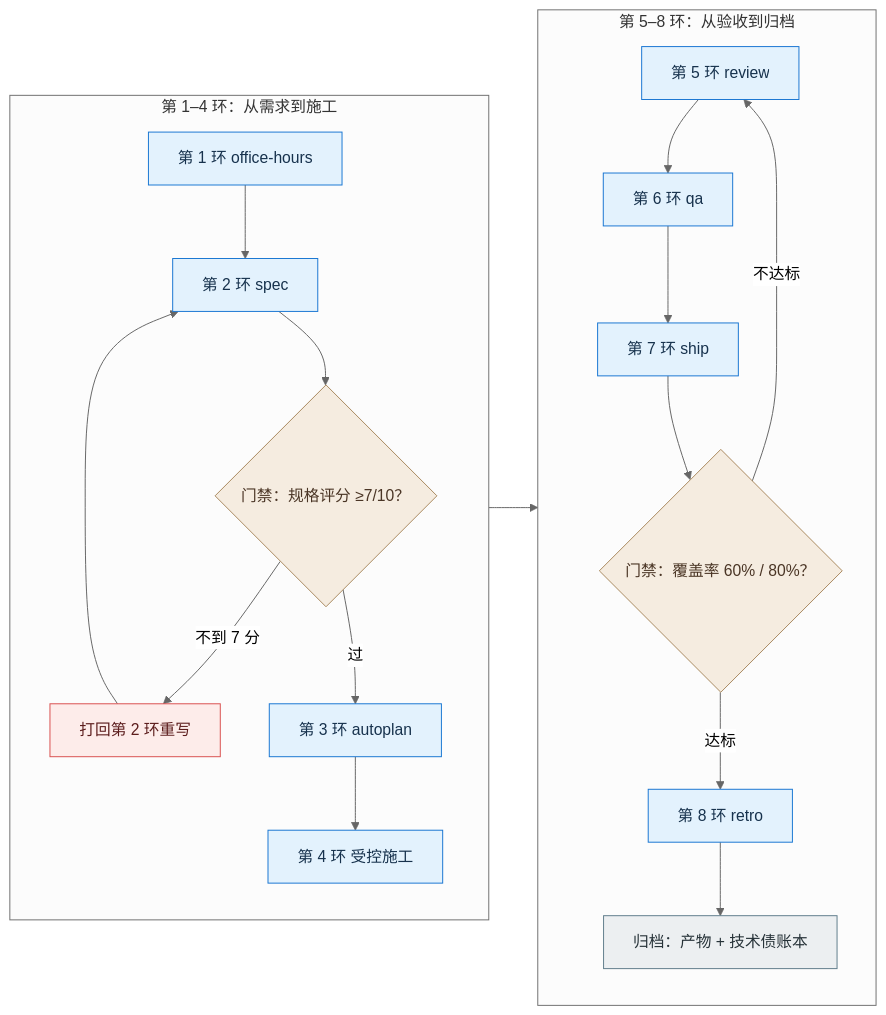
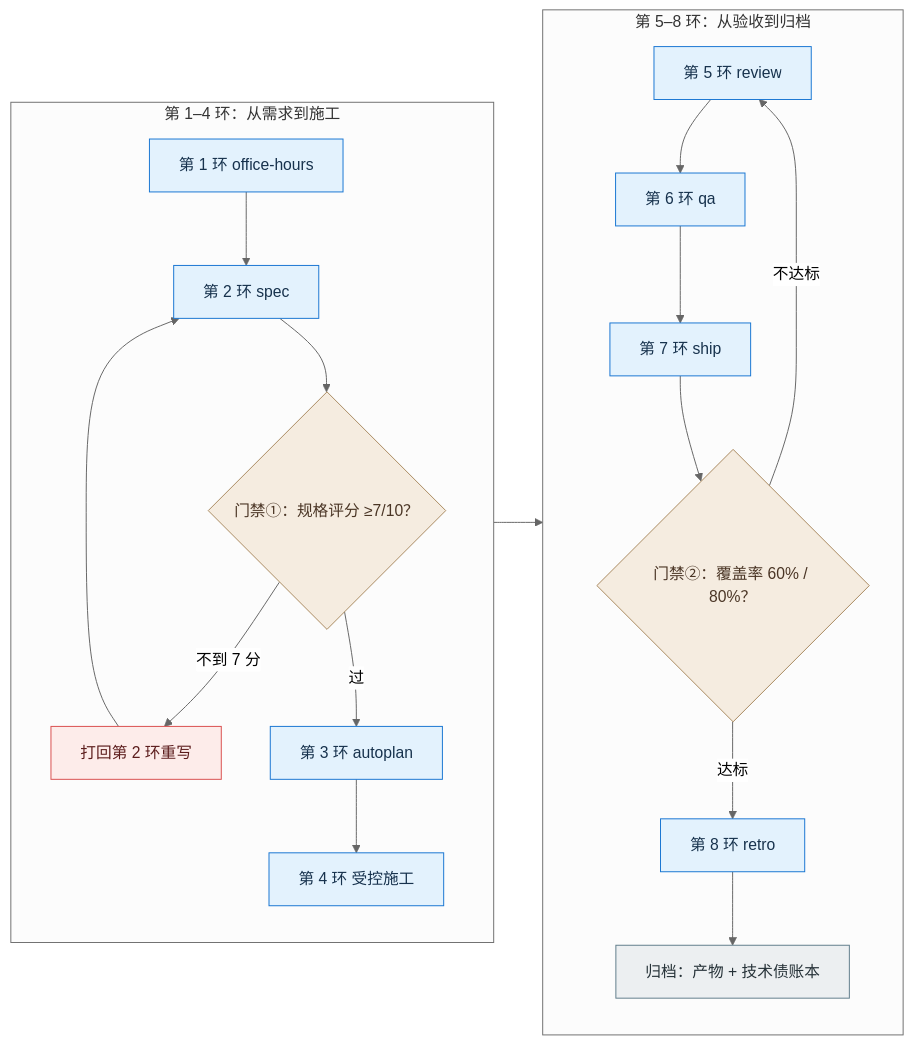
One commit to cloudzun/mingzhou changed the second of 3 diagrams in content/01.md. Above: the diagram before and after it, drawn with Mermaid (neutral theme). The commit also changed other lines of this file and 12 other files, not shown here.

Commit message:
content: 第 2 篇改名「实现 AI 应用」+ 交付口径改 RAG 示范/另两场景同流程实现；2-1 场景化；正文提示词与向导对齐；删图 5-1/5-3

````diff
--- a/content/01.md
+++ b/content/01.md
@@ -94,30 +94,30 @@
 ```mermaid
 flowchart LR
   subgraph A["第 1–4 环：从需求到施工"]
     direction TB
     E1["第 1 环 office-hours"] --> E2["第 2 环 spec"]
-    E2 --> G1{"门禁：规格评分 ≥7/10？"}
+    E2 --> G1{"门禁①：规格评分 ≥7/10？"}
     G1 -->|"不到 7 分"| BK["打回第 2 环重写"]
     BK --> E2
     G1 -->|"过"| E3["第 3 环 autoplan"]
     E3 --> E4["第 4 环 受控施工"]
   end
   subgraph B["第 5–8 环：从验收到归档"]
     direction TB
     E5["第 5 环 review"] --> E6["第 6 环 qa"]
     E6 --> E7["第 7 环 ship"]
-    E7 --> G2{"门禁：覆盖率 60% / 80%？"}
+    E7 --> G2{"门禁②：覆盖率 60% / 80%？"}
     G2 -->|"不达标"| E5
     G2 -->|"达标"| E8["第 8 环 retro"]
     E8 --> OUT["归档：产物 + 技术债账本"]
   end
   E4 --> E5
 classDef blue fill:#e3f2fd,stroke:#1976d2,color:#17324d;
 classDef red fill:#fdecea,stroke:#d94f4f,color:#5c1d1d;
 classDef warm fill:#f5ece0,stroke:#a8895f,color:#4a3525;
 classDef gray fill:#eceff1,stroke:#607d8b,color:#263238;
   class E1,E2,E3,E4,E5,E6,E7,E8 blue;
   class G1,G2 warm;
   class BK red;
   class OUT gray;
 ```
````
